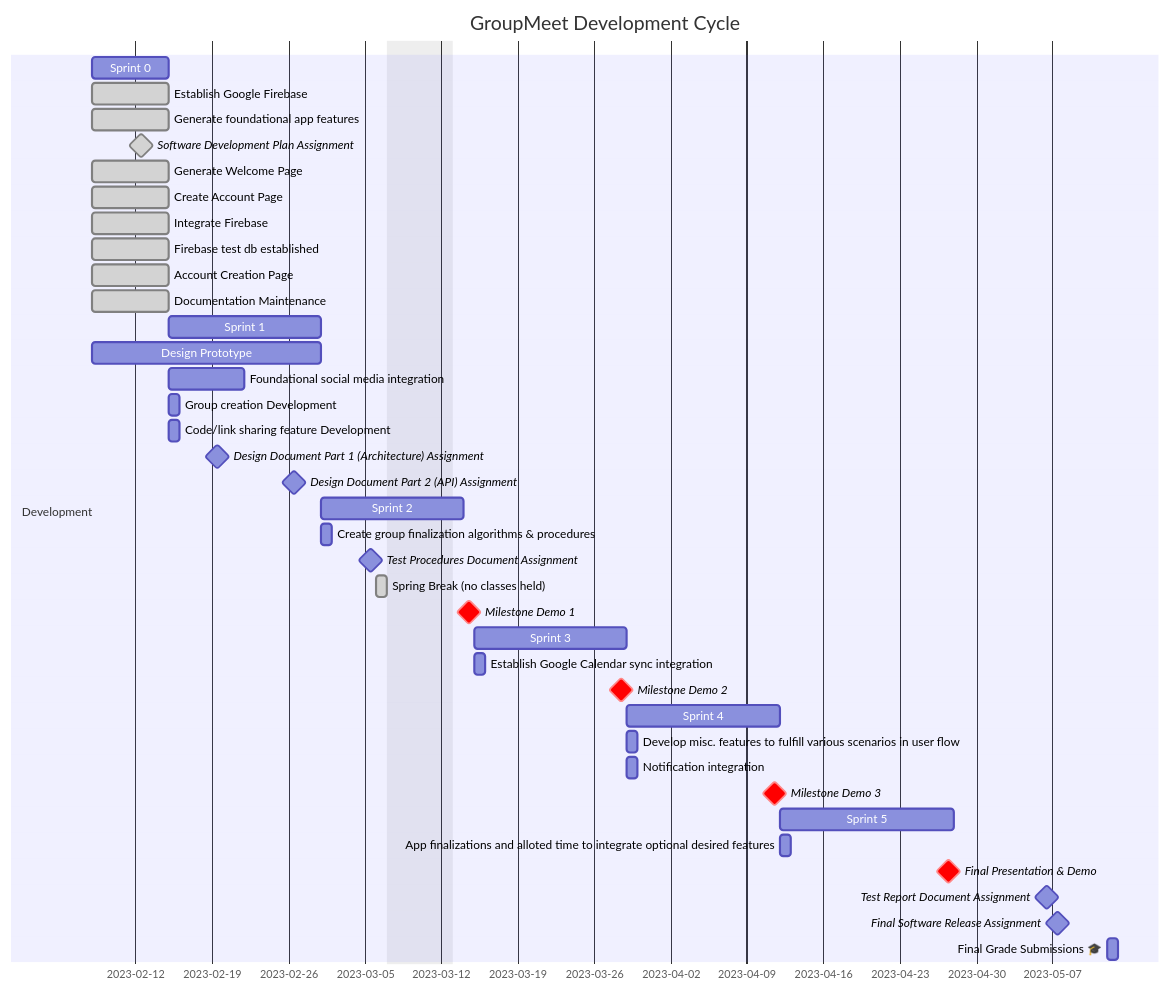
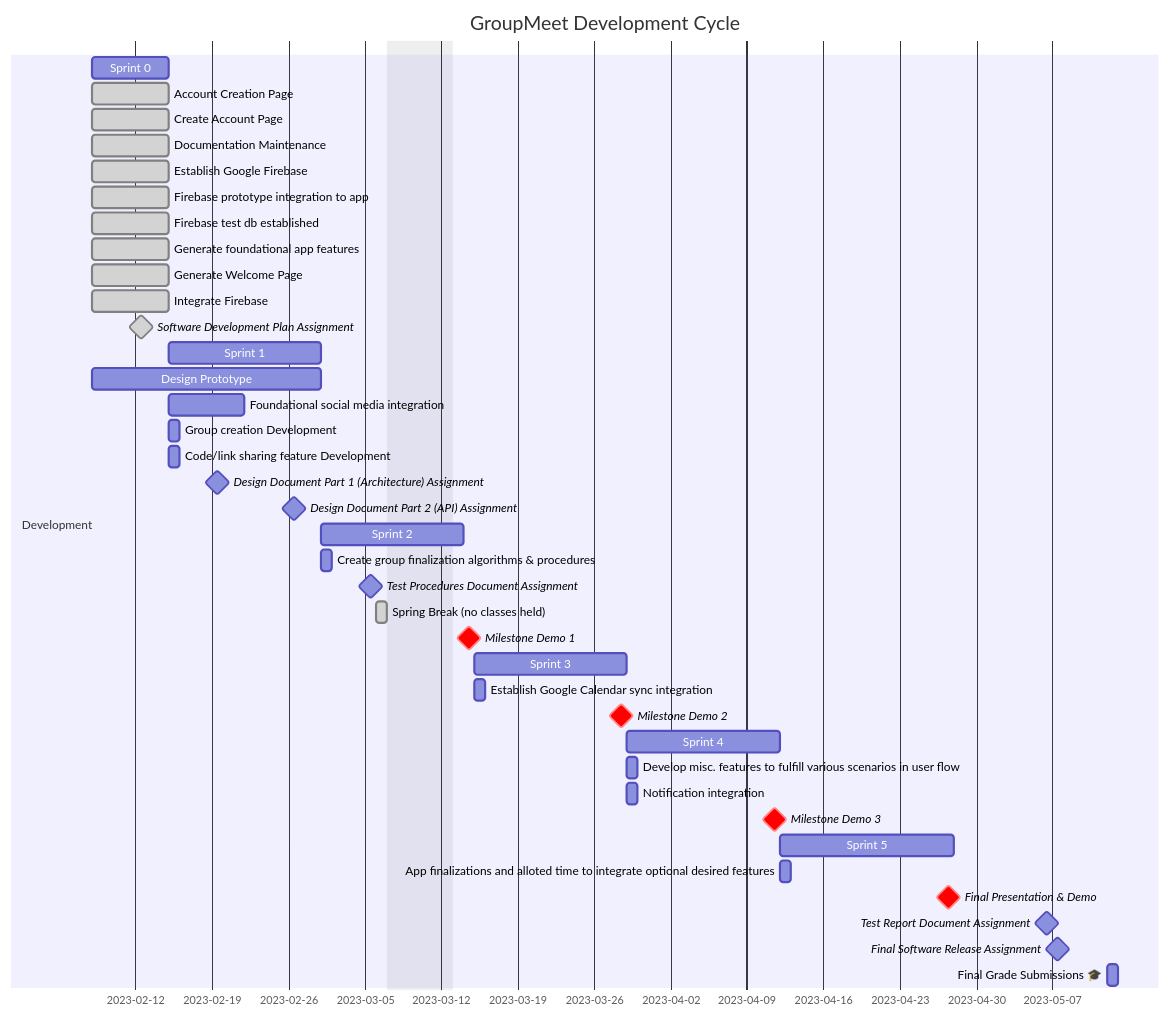
One commit to Capstone-Projects-2023-Spring/project-groupmeet changed the diagram in documentation/docs/development-plan/schedule.md. Above: the diagram before and after it, drawn with Mermaid.

```diff
--- a/documentation/docs/development-plan/schedule.md
+++ b/documentation/docs/development-plan/schedule.md
@@ -12,23 +12,26 @@
         section Development 
          Sprint 0: , 2023-02-08, 1w
         section Development 
+         Account Creation Page:  done, 2023-02-08, 1w
+        section Development 
+         Create Account Page:  done, 2023-02-08, 1w
+        section Development 
+         Documentation Maintenance:  done, 2023-02-08, 1w
+        section Development 
          Establish Google Firebase:  done, 2023-02-08, 1w
+        section Development 
+         Firebase prototype integration to app:  done, 2023-02-08, 1w
+        section Development 
+         Firebase test db established:  done, 2023-02-08, 1w
         section Development 
          Generate foundational app features:  done, 2023-02-08, 1w
         section Development 
-         Software Development Plan Assignment: milestone, done, 2023-02-12, 1d
-        section Development 
          Generate Welcome Page:  done, 2023-02-08, 1w
-        section Development 
-         Create Account Page:  done, 2023-02-08, 1w
         section Development 
          Integrate Firebase:  done, 2023-02-08, 1w
         section Development 
-         Firebase test db established:  done, 2023-02-08, 1w
-        section Development 
-         Account Creation Page:  done, 2023-02-08, 1w
-        section Development 
-         Documentation Maintenance:  done, 2023-02-08, 1w
+         Software Development Plan Assignment: milestone, done, 2023-02-12, 1d
+         
         section Development 
          Sprint 1: , 2023-02-15, 2w
         section Development 
@@ -43,6 +46,7 @@
          Design Document Part 1 (Architecture) Assignment: milestone, , 2023-02-19, 1d
         section Development 
          Design Document Part 2 (API) Assignment: milestone, , 2023-02-26, 1d
+         
         section Development 
          Sprint 2: , 2023-03-01, 1w
         section Development 
@@ -53,12 +57,14 @@
          Spring Break (no classes held): done, 2023-03-06, 1d
         section Development 
          Milestone Demo 1 :crit, milestone,  , 2023-03-14, 1d
+         
         section Development 
          Sprint 3: , 2023-03-15, 2w
         section Development 
          Establish Google Calendar sync integration:  , 2023-03-15, 1d
         section Development 
          Milestone Demo 2 :crit, milestone,  , 2023-03-28, 1d
+         
         section Development 
          Sprint 4: , 2023-03-29, 2w
         section Development 
@@ -67,6 +73,7 @@
          Notification integration:  , 2023-03-29, 1d
         section Development 
          Milestone Demo 3 :crit, milestone,  , 2023-04-11, 1d
+         
         section Development 
          Sprint 5: , 2023-04-12, 16d
         section Development 
```
